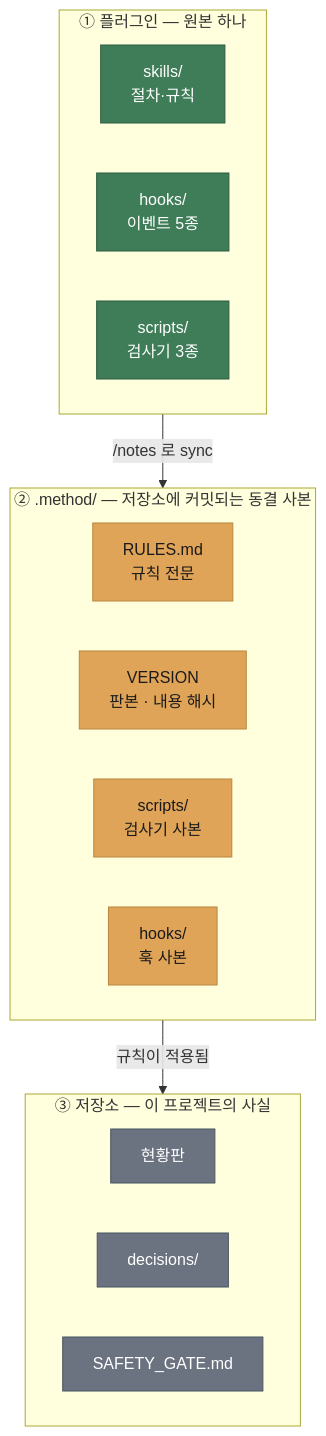
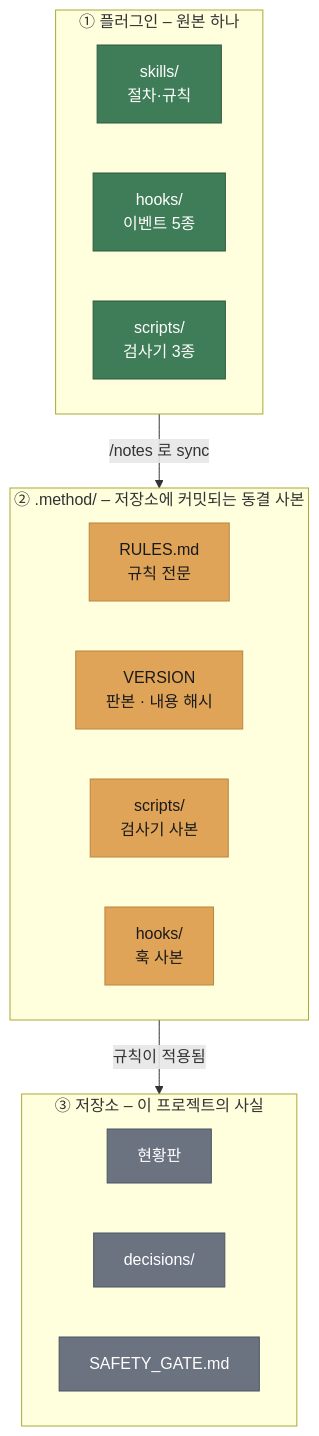
One commit to mongdang/girok changed the first of 2 diagrams in README.md. Above: the diagram before and after it, drawn with Mermaid. The commit also changed other lines of this file and 74 other files, not shown here.

````diff
--- a/README.md
+++ b/README.md
@@ -61,34 +61,34 @@
 ```mermaid
 flowchart TD
-    subgraph P["① 플러그인 — 원본 하나"]
+    subgraph P["① 플러그인 – 원본 하나"]
         direction LR
         PS["skills/<br/>절차·규칙"]
         PH["hooks/<br/>이벤트 5종"]
         PL["scripts/<br/>검사기 3종"]
     end
 
-    subgraph M["② .method/ — 저장소에 커밋되는 동결 사본"]
+    subgraph M["② .method/ – 저장소에 커밋되는 동결 사본"]
         direction LR
         MR["RULES.md<br/>규칙 전문"]
         MV["VERSION<br/>판본 · 내용 해시"]
         ML["scripts/<br/>검사기 사본"]
         MH["hooks/<br/>훅 사본"]
     end
 
-    subgraph R["③ 저장소 — 이 프로젝트의 사실"]
+    subgraph R["③ 저장소 – 이 프로젝트의 사실"]
         direction LR
         RB["현황판"]
         RD["decisions/"]
         RG["SAFETY_GATE.md"]
     end
 
     P -->|"/notes 로 sync"| M
     M -->|"규칙이 적용됨"| R
 
     classDef plugin fill:#3F7D58,stroke:#2c5a3e,color:#fff
     classDef method fill:#E0A458,stroke:#b8863f,color:#1a1a1a
     classDef repo fill:#6B7280,stroke:#4b5563,color:#fff
     class PS,PH,PL plugin
     class MR,MV,ML,MH method
     class RB,RD,RG repo
 ```
````
